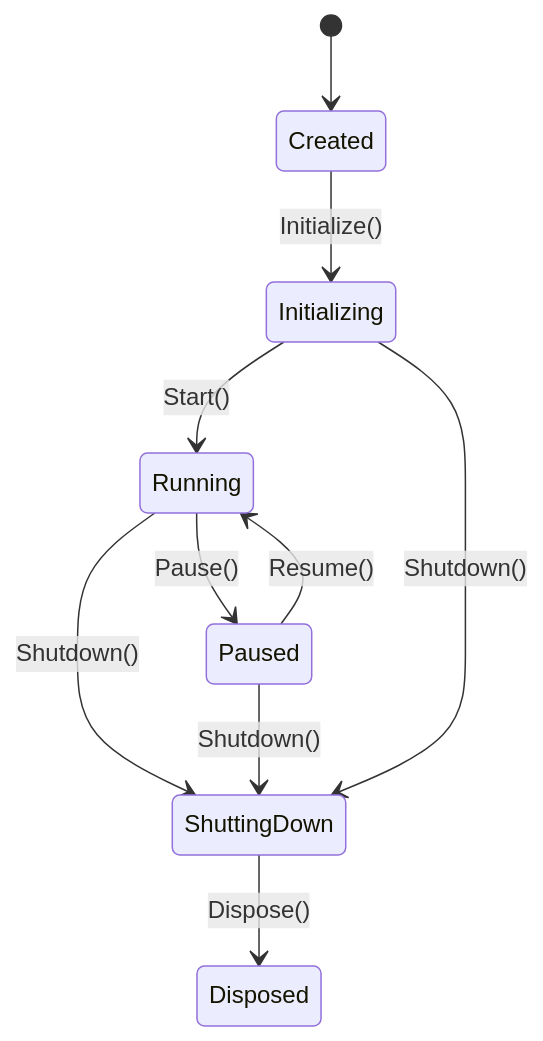
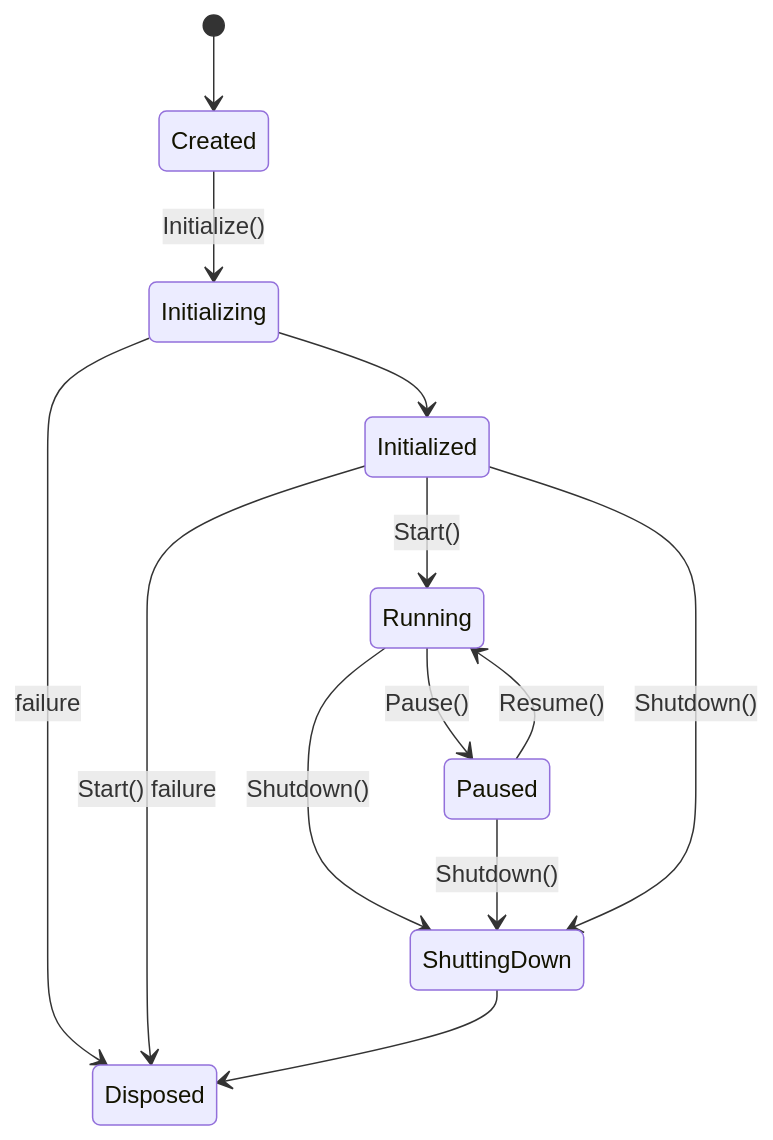
One commit to Ieunn/Flos changed the second of 3 diagrams in docs/Architecture.md. Above: the diagram before and after it, drawn with Mermaid. The commit also changed other lines of this file and 149 other files, not shown here.

````diff
--- a/docs/Architecture.md
+++ b/docs/Architecture.md
@@ -134,12 +145,15 @@
 ```mermaid
 stateDiagram-v2
     [*] --> Created
     Created --> Initializing : Initialize()
-    Initializing --> Running : Start()
+    Initializing --> Initialized
+    Initializing --> Disposed : failure
+    Initialized --> Running : Start()
+    Initialized --> Disposed : Start() failure
     Running --> Paused : Pause()
     Paused --> Running : Resume()
     Running --> ShuttingDown : Shutdown()
     Paused --> ShuttingDown : Shutdown()
-    ShuttingDown --> Disposed : Dispose()
-    Initializing --> ShuttingDown : Shutdown()
+    Initialized --> ShuttingDown : Shutdown()
+    ShuttingDown --> Disposed
 ```
````
